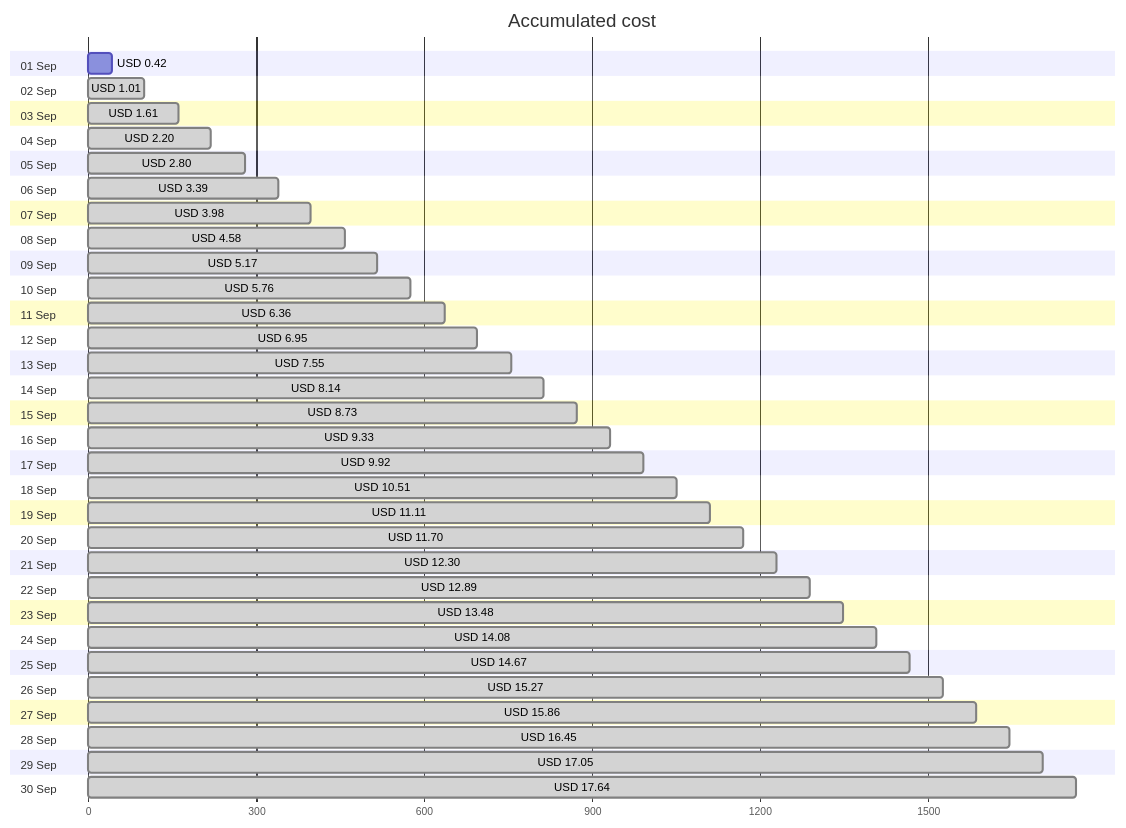
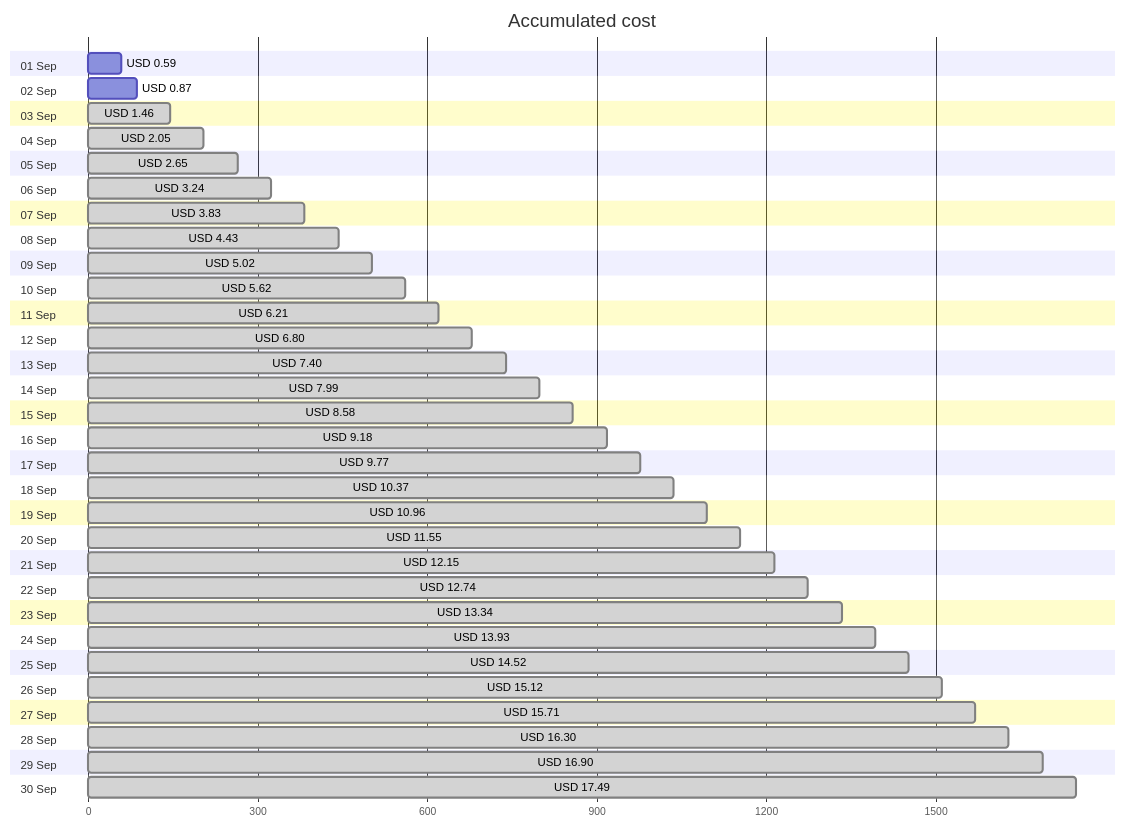
Before and after one commit to jpfulton/azure-personal-reports: the first of 4 diagrams in cost-reports/personal-site/README.md, drawn with Mermaid. The commit also changed other lines of this file and 6 other files, not shown here.

````diff
--- a/cost-reports/personal-site/README.md
+++ b/cost-reports/personal-site/README.md
@@ -20,66 +20,66 @@
 ```mermaid
 gantt
    title Accumulated cost
    dateFormat  X
    axisFormat %s
    section 01 Sep
-   USD 0.42 :0, 42
+   USD 0.59 :0, 59
    section 02 Sep
-   USD 1.01 : done, 0, 101
+   USD 0.87 :0, 87
    section 03 Sep
-   USD 1.61 : done, 0, 161
+   USD 1.46 : done, 0, 146
    section 04 Sep
-   USD 2.20 : done, 0, 220
+   USD 2.05 : done, 0, 205
    section 05 Sep
-   USD 2.80 : done, 0, 280
+   USD 2.65 : done, 0, 265
    section 06 Sep
-   USD 3.39 : done, 0, 339
+   USD 3.24 : done, 0, 324
    section 07 Sep
-   USD 3.98 : done, 0, 398
+   USD 3.83 : done, 0, 383
    section 08 Sep
-   USD 4.58 : done, 0, 458
+   USD 4.43 : done, 0, 443
    section 09 Sep
-   USD 5.17 : done, 0, 517
+   USD 5.02 : done, 0, 502
    section 10 Sep
-   USD 5.76 : done, 0, 576
+   USD 5.62 : done, 0, 562
    section 11 Sep
-   USD 6.36 : done, 0, 636
+   USD 6.21 : done, 0, 621
    section 12 Sep
-   USD 6.95 : done, 0, 695
+   USD 6.80 : done, 0, 680
    section 13 Sep
-   USD 7.55 : done, 0, 755
+   USD 7.40 : done, 0, 740
    section 14 Sep
-   USD 8.14 : done, 0, 814
+   USD 7.99 : done, 0, 799
    section 15 Sep
-   USD 8.73 : done, 0, 873
+   USD 8.58 : done, 0, 858
    section 16 Sep
-   USD 9.33 : done, 0, 933
+   USD 9.18 : done, 0, 918
    section 17 Sep
-   USD 9.92 : done, 0, 992
+   USD 9.77 : done, 0, 977
    section 18 Sep
-   USD 10.51 : done, 0, 1051
+   USD 10.37 : done, 0, 1037
    section 19 Sep
-   USD 11.11 : done, 0, 1111
+   USD 10.96 : done, 0, 1096
    section 20 Sep
-   USD 11.70 : done, 0, 1170
+   USD 11.55 : done, 0, 1155
    section 21 Sep
-   USD 12.30 : done, 0, 1230
+   USD 12.15 : done, 0, 1215
    section 22 Sep
-   USD 12.89 : done, 0, 1289
+   USD 12.74 : done, 0, 1274
    section 23 Sep
-   USD 13.48 : done, 0, 1348
+   USD 13.34 : done, 0, 1334
    section 24 Sep
-   USD 14.08 : done, 0, 1408
+   USD 13.93 : done, 0, 1393
    section 25 Sep
-   USD 14.67 : done, 0, 1467
+   USD 14.52 : done, 0, 1452
    section 26 Sep
-   USD 15.27 : done, 0, 1527
+   USD 15.12 : done, 0, 1512
    section 27 Sep
-   USD 15.86 : done, 0, 1586
+   USD 15.71 : done, 0, 1571
    section 28 Sep
-   USD 16.45 : done, 0, 1645
+   USD 16.30 : done, 0, 1630
    section 29 Sep
-   USD 17.05 : done, 0, 1705
+   USD 16.90 : done, 0, 1690
    section 30 Sep
-   USD 17.64 : done, 0, 1764
+   USD 17.49 : done, 0, 1749
 ```
````
